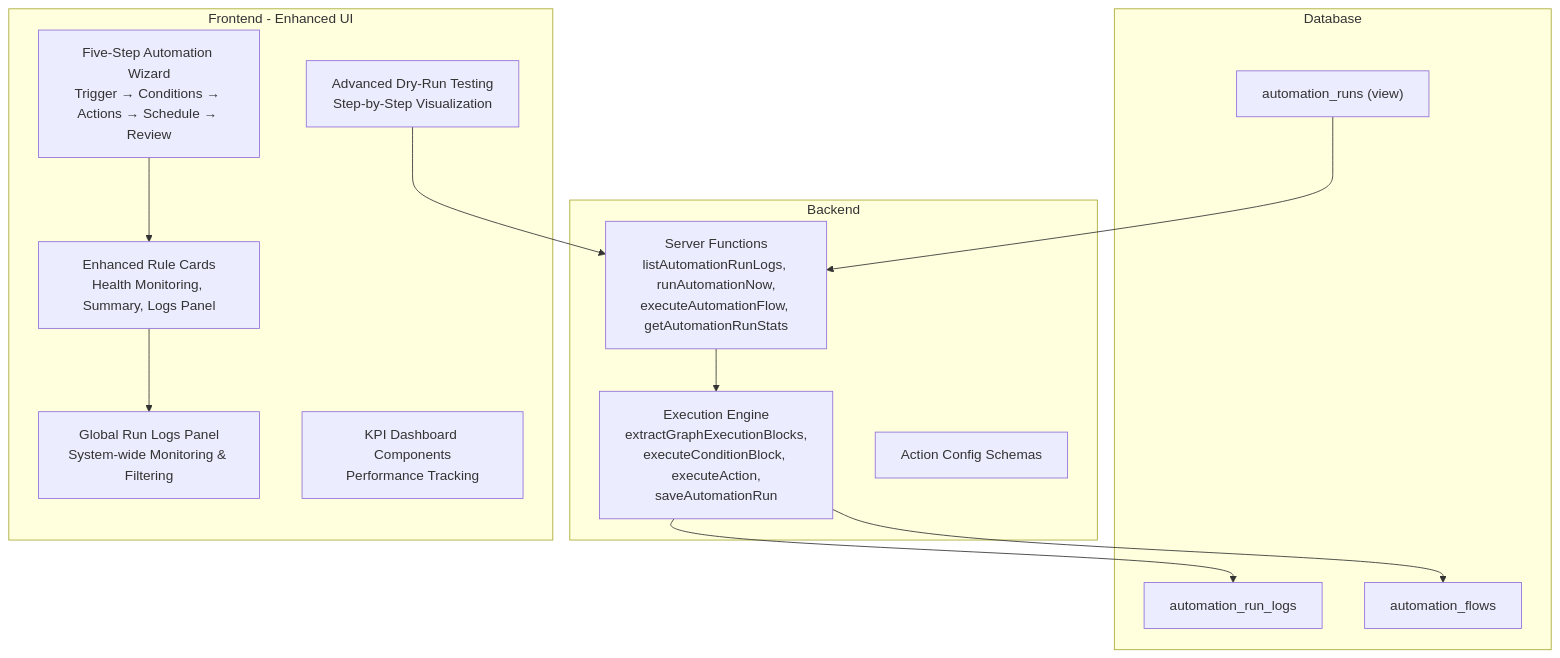
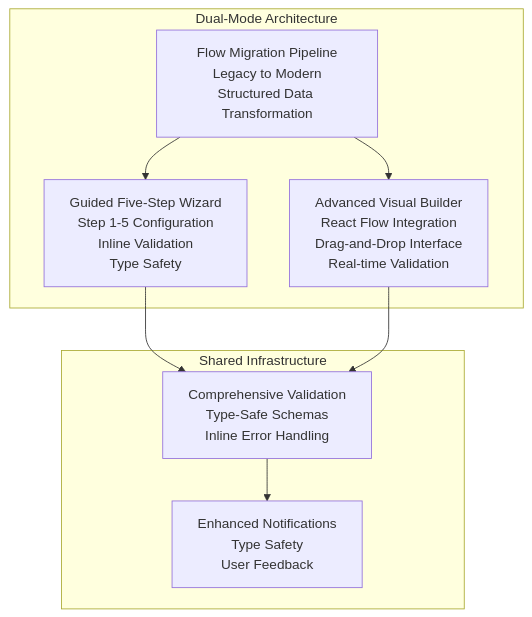
The first of 7 diagrams in .qoder/repowiki/en/content/Automation System/Automation System.md (gastaldellomarco/pcReady), drawn with Mermaid before and after one commit. The commit also changed other lines of this file and 4 other files, not shown here.

First line of the commit message:
feat(audit): revamp audit logging system with dual views, real-time KPIs, and export features

````diff
--- a/.qoder/repowiki/en/content/Automation System/Automation System.md
+++ b/.qoder/repowiki/en/content/Automation System/Automation System.md
@@ -70,27 +77,17 @@
 ```mermaid
 graph TB
-subgraph "Frontend - Enhanced UI"
-UI_Wizard["Five-Step Automation Wizard<br/>Trigger → Conditions → Actions → Schedule → Review"]
-UI_RuleCards["Enhanced Rule Cards<br/>Health Monitoring, Summary, Logs Panel"]
-UI_GlobalLogs["Global Run Logs Panel<br/>System-wide Monitoring & Filtering"]
-UI_DryRun["Advanced Dry-Run Testing<br/>Step-by-Step Visualization"]
-UI_KPI["KPI Dashboard Components<br/>Performance Tracking"]
+subgraph "Dual-Mode Architecture"
+Wizard["Guided Five-Step Wizard<br/>Step 1-5 Configuration<br/>Inline Validation<br/>Type Safety"]
+VisualBuilder["Advanced Visual Builder<br/>React Flow Integration<br/>Drag-and-Drop Interface<br/>Real-time Validation"]
+Migration["Flow Migration Pipeline<br/>Legacy to Modern<br/>Structured Data Transformation"]
 end
-subgraph "Backend"
-Srv_API["Server Functions<br/>listAutomationRunLogs, runAutomationNow,<br/>executeAutomationFlow, getAutomationRunStats"]
-Srv_Exec["Execution Engine<br/>extractGraphExecutionBlocks,<br/>executeConditionBlock, executeAction,<br/>saveAutomationRun"]
-Srv_Schemas["Action Config Schemas"]
+subgraph "Shared Infrastructure"
+Validation["Comprehensive Validation<br/>Type-Safe Schemas<br/>Inline Error Handling"]
+Notifications["Enhanced Notifications<br/>Type Safety<br/>User Feedback"]
 end
-subgraph "Database"
-DB_Flows["automation_flows"]
-DB_Logs["automation_run_logs"]
-DB_Views["automation_runs (view)"]
-end
-UI_Wizard --> UI_RuleCards
-UI_RuleCards --> UI_GlobalLogs
-UI_DryRun --> Srv_API
-Srv_API --> Srv_Exec
-Srv_Exec --> DB_Flows
-Srv_Exec --> DB_Logs
-DB_Views --> Srv_API
+Wizard --> Validation
+VisualBuilder --> Validation
+Validation --> Notifications
+Migration --> Wizard
+Migration --> VisualBuilder
 ```
````
